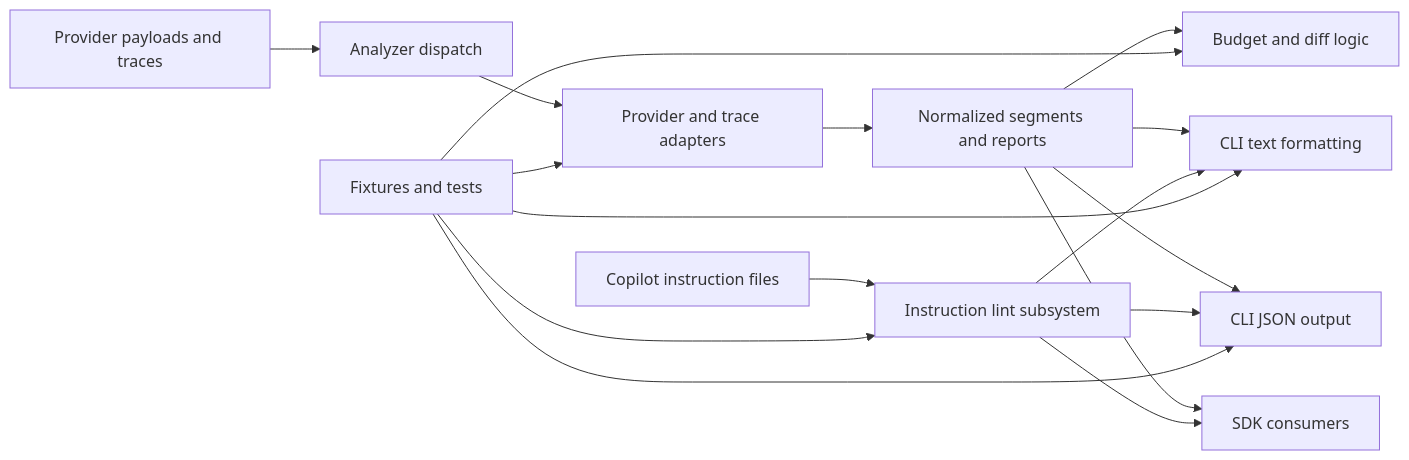
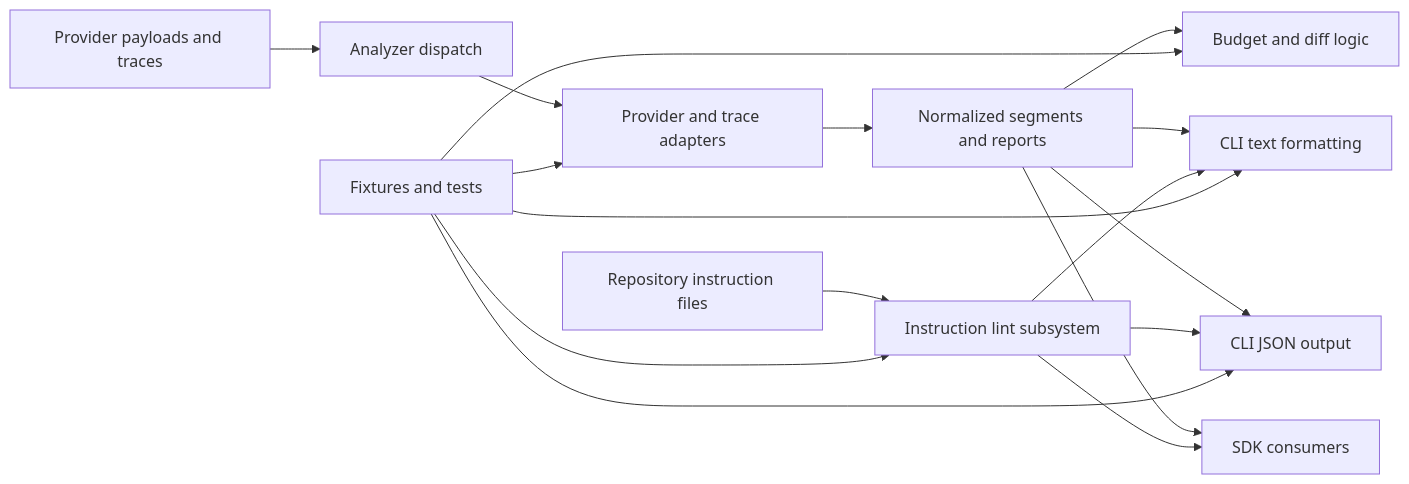
Before and after one commit to mahenarayan/tokn: the diagram in docs/architecture.md, drawn with Mermaid. The commit also changed other lines of this file and 5 other files, not shown here.

````diff
--- a/docs/architecture.md
+++ b/docs/architecture.md
@@ -18,19 +18,19 @@
 ```mermaid
 flowchart LR
   A["Provider payloads and traces"] --> B["Analyzer dispatch"]
   B --> C["Provider and trace adapters"]
   C --> D["Normalized segments and reports"]
   D --> E["Budget and diff logic"]
   D --> F["CLI text formatting"]
   D --> G["CLI JSON output"]
   D --> H["SDK consumers"]
-  J["Copilot instruction files"] --> K["Instruction lint subsystem"]
+  J["Repository instruction files"] --> K["Instruction lint subsystem"]
   K --> F
   K --> G
   K --> H
   I["Fixtures and tests"] --> C
   I --> E
   I --> F
   I --> G
   I --> K
 ```
````
